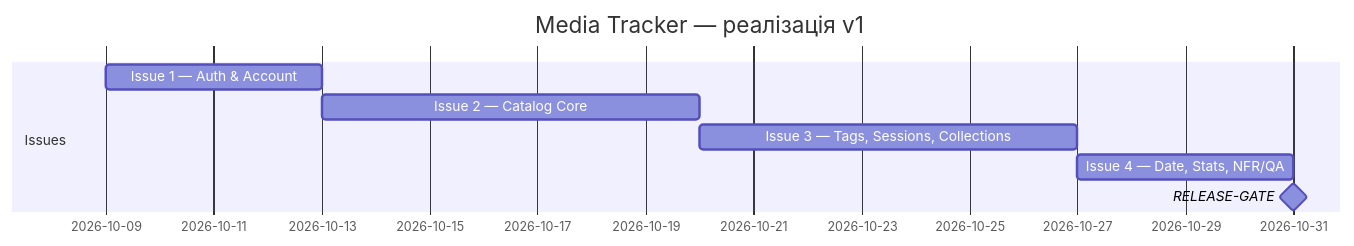
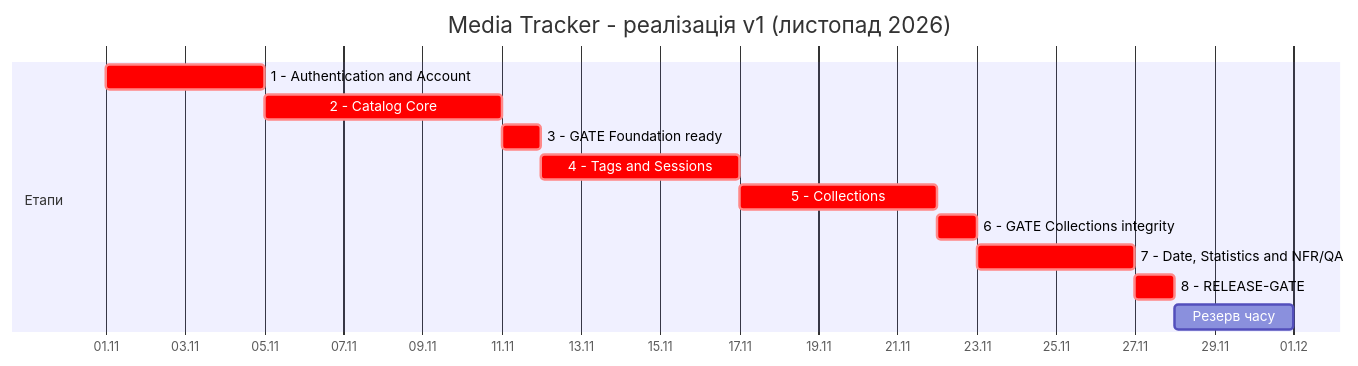
The diagram in docs/plan.md (Victoria-bu/media-tracker-pis), drawn with Mermaid before and after one commit. The commit also changed other lines of this file, not shown here.

````diff
--- a/docs/plan.md
+++ b/docs/plan.md
@@ -32,11 +46,16 @@
 ```mermaid
 gantt
-    title Media Tracker — реалізація v1
+    title Media Tracker - реалізація v1 (листопад 2026)
     dateFormat YYYY-MM-DD
-    section Issues
-    Issue 1 — Auth & Account              :e1, 2026-10-09, 4d
-    Issue 2 — Catalog Core                :e2, after e1, 7d
-    Issue 3 — Tags, Sessions, Collections :e3, after e2, 7d
-    Issue 4 — Date, Stats, NFR/QA         :e4, after e3, 4d
-    RELEASE-GATE                          :milestone, after e4, 0d
+    axisFormat %d.%m
+    section Етапи
+    1 - Authentication and Account         :crit, t1, 2026-11-01, 4d
+    2 - Catalog Core                       :crit, t2, after t1, 6d
+    3 - GATE Foundation ready              :crit, g3, after t2, 1d
+    4 - Tags and Sessions                  :crit, t4, after g3, 5d
+    5 - Collections                        :crit, t5, after t4, 5d
+    6 - GATE Collections integrity         :crit, g6, after t5, 1d
+    7 - Date, Statistics and NFR/QA        :crit, t7, after g6, 4d
+    8 - RELEASE-GATE                       :crit, g8, after t7, 1d
+    Резерв часу                            :buf, after g8, 3d
 ```
````
